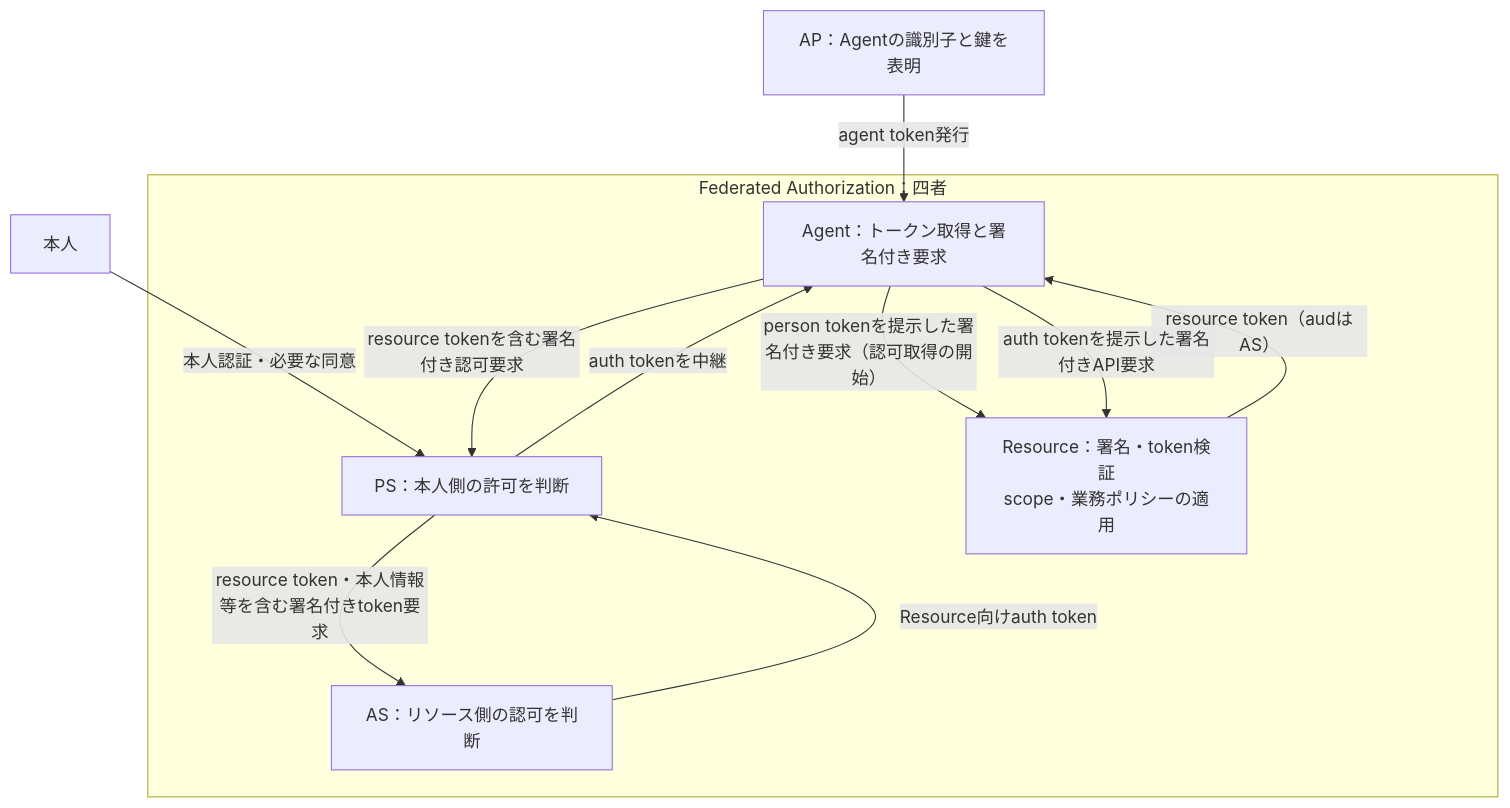
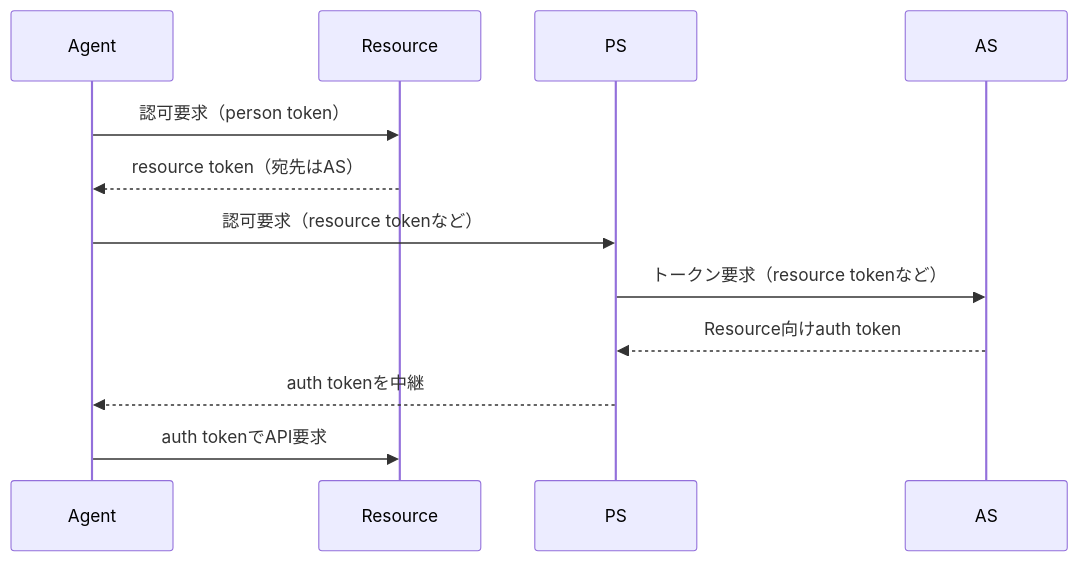
The third of 3 diagrams in docs/blog/draft.md (futabato/aauth-lab), drawn with Mermaid before and after one commit. The commit also changed other lines of this file and 1 other file, not shown here.

Commit message:
docs: clarify authorization story and align blog outline

````diff
--- a/docs/blog/draft.md
+++ b/docs/blog/draft.md
@@ -241,20 +166,14 @@
 ```mermaid
-flowchart TB
-    AP["AP：Agentの識別子と鍵を表明"]
-    U["本人"]
-    subgraph Four["Federated Authorization：四者"]
-        A["Agent：トークン取得と署名付き要求"]
-        P["PS：本人側の許可を判断"]
-        X["AS：リソース側の認可を判断"]
-        R["Resource：署名・token検証<br/>scope・業務ポリシーの適用"]
-    end
-    AP -->|"agent token発行"| A
-    U -->|"本人認証・必要な同意"| P
-    A -->|"person tokenを提示した署名付き要求（認可取得の開始）"| R
-    R -->|"resource token（audはAS）"| A
-    A -->|"resource tokenを含む署名付き認可要求"| P
-    P -->|"resource token・本人情報等を含む署名付きtoken要求"| X
-    X -->|"Resource向けauth token"| P
-    P -->|"auth tokenを中継"| A
-    A -->|"auth tokenを提示した署名付きAPI要求"| R
+sequenceDiagram
+    participant A as Agent
+    participant R as Resource
+    participant P as PS
+    participant X as AS
+    A->>R: 認可要求（person token）
+    R-->>A: resource token（宛先はAS）
+    A->>P: 認可要求（resource tokenなど）
+    P->>X: トークン要求（resource tokenなど）
+    X-->>P: Resource向けauth token
+    P-->>A: auth tokenを中継
+    A->>R: auth tokenでAPI要求
 ```
````
